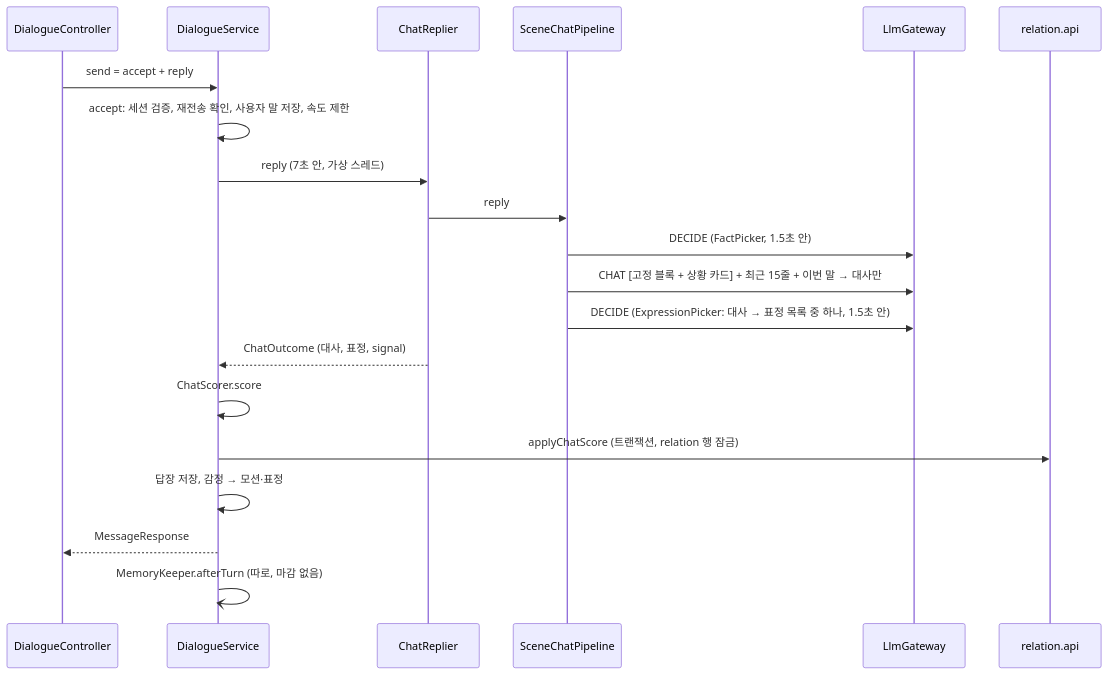
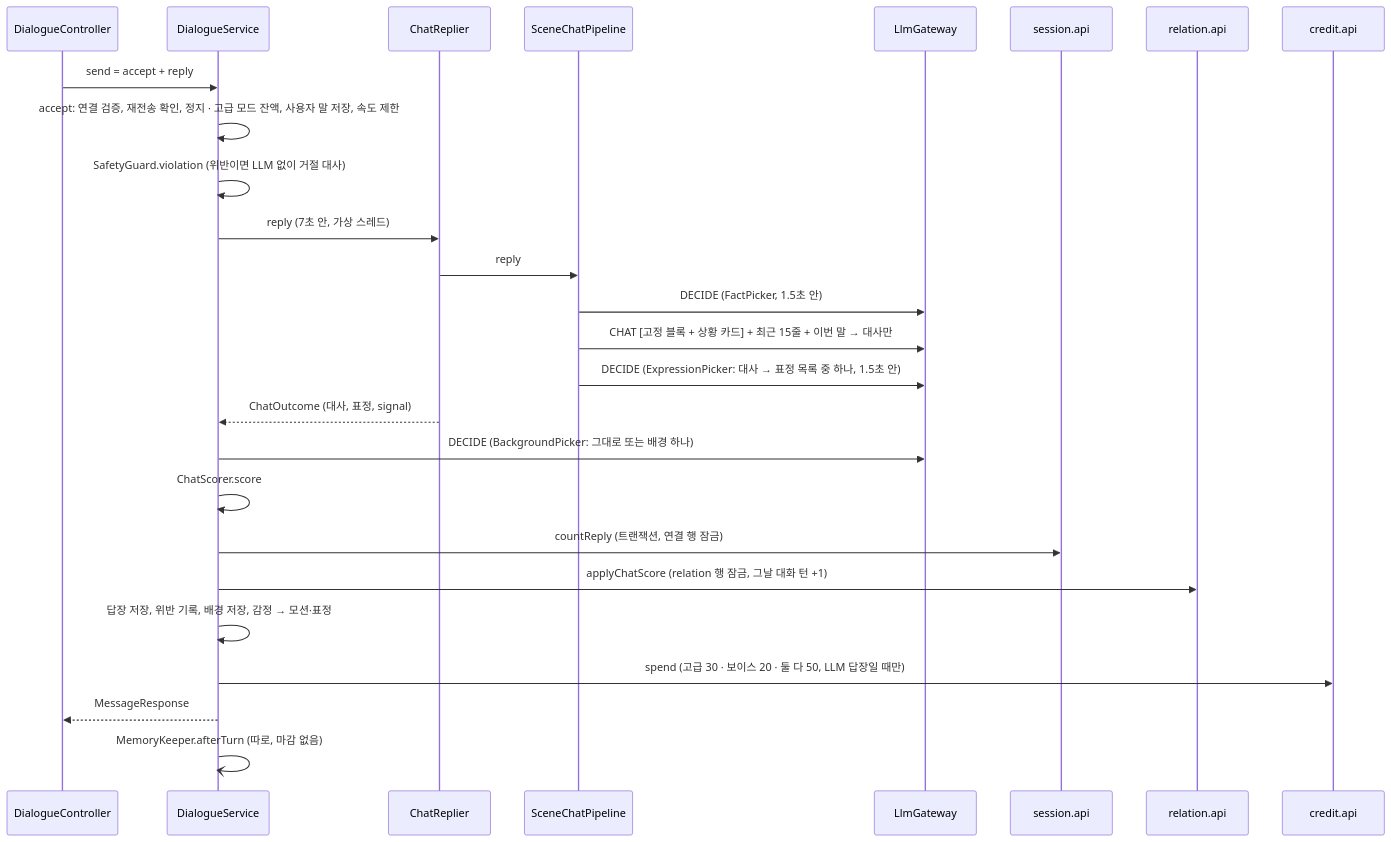
One commit to LIKELION-CAPSULE/Backend_lab changed the second of 3 diagrams in docs/ARCHITECTURE.md. Above: the diagram before and after it, drawn with Mermaid. The commit also changed other lines of this file and 7 other files, not shown here.

First line of the commit message:
docs(product): 12/1 베타 PRD · 진행표, 코드 지도 · 핵심 흐름 · flow.http를 베타로 (#242)

````diff
--- a/docs/ARCHITECTURE.md
+++ b/docs/ARCHITECTURE.md
@@ -268,22 +311,28 @@
 ```mermaid
 sequenceDiagram
   participant C as DialogueController
   participant S as DialogueService
   participant R as ChatReplier
   participant P as SceneChatPipeline
   participant G as LlmGateway
+  participant Ses as session.api
   participant Rel as relation.api
+  participant Cr as credit.api
   C->>S: send = accept + reply
-  S->>S: accept: 세션 검증, 재전송 확인, 사용자 말 저장, 속도 제한
+  S->>S: accept: 연결 검증, 재전송 확인, 정지 · 고급 모드 잔액, 사용자 말 저장, 속도 제한
+  S->>S: SafetyGuard.violation (위반이면 LLM 없이 거절 대사)
   S->>R: reply (7초 안, 가상 스레드)
   R->>P: reply
   P->>G: DECIDE (FactPicker, 1.5초 안)
   P->>G: CHAT [고정 블록 + 상황 카드] + 최근 15줄 + 이번 말 → 대사만
   P->>G: DECIDE (ExpressionPicker: 대사 → 표정 목록 중 하나, 1.5초 안)
   R-->>S: ChatOutcome (대사, 표정, signal)
+  S->>G: DECIDE (BackgroundPicker: 그대로 또는 배경 하나)
   S->>S: ChatScorer.score
-  S->>Rel: applyChatScore (트랜잭션, relation 행 잠금)
-  S->>S: 답장 저장, 감정 → 모션·표정
+  S->>Ses: countReply (트랜잭션, 연결 행 잠금)
+  S->>Rel: applyChatScore (relation 행 잠금, 그날 대화 턴 +1)
+  S->>S: 답장 저장, 위반 기록, 배경 저장, 감정 → 모션·표정
+  S->>Cr: spend (고급 30 · 보이스 20 · 둘 다 50, LLM 답장일 때만)
   S-->>C: MessageResponse
   S-)S: MemoryKeeper.afterTurn (따로, 마감 없음)
 ```
````
